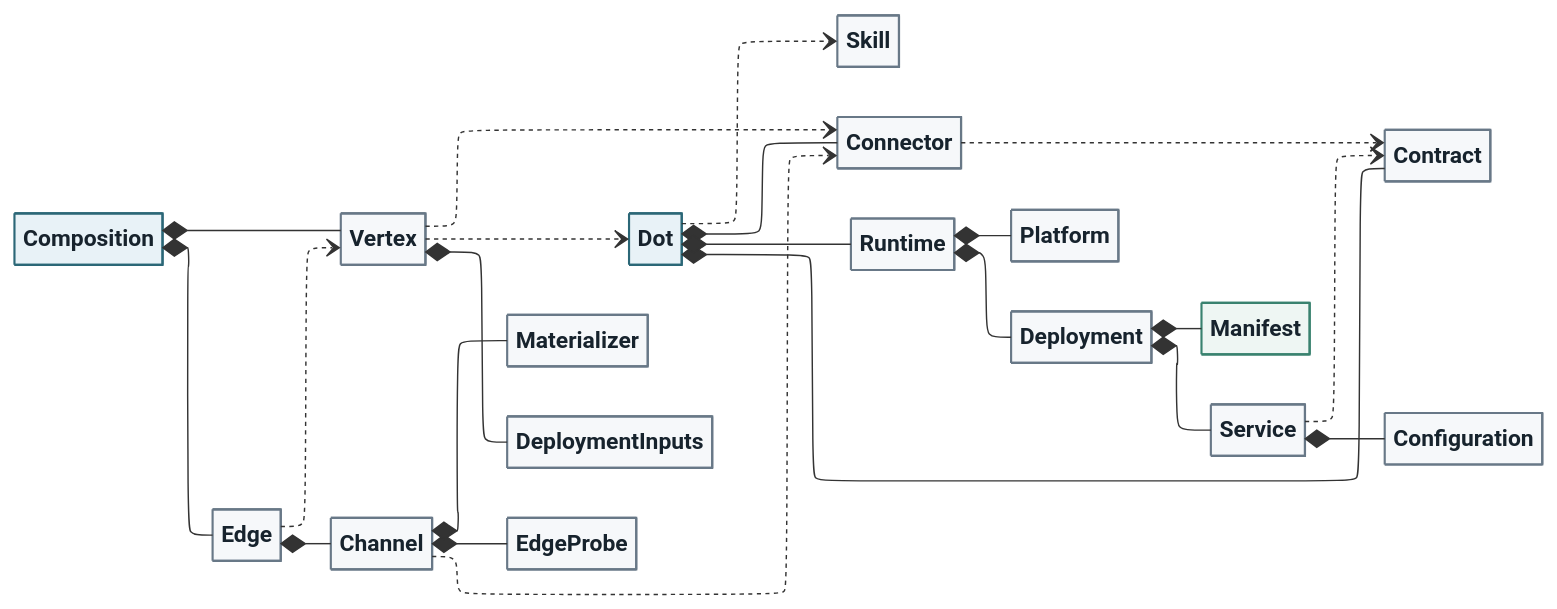
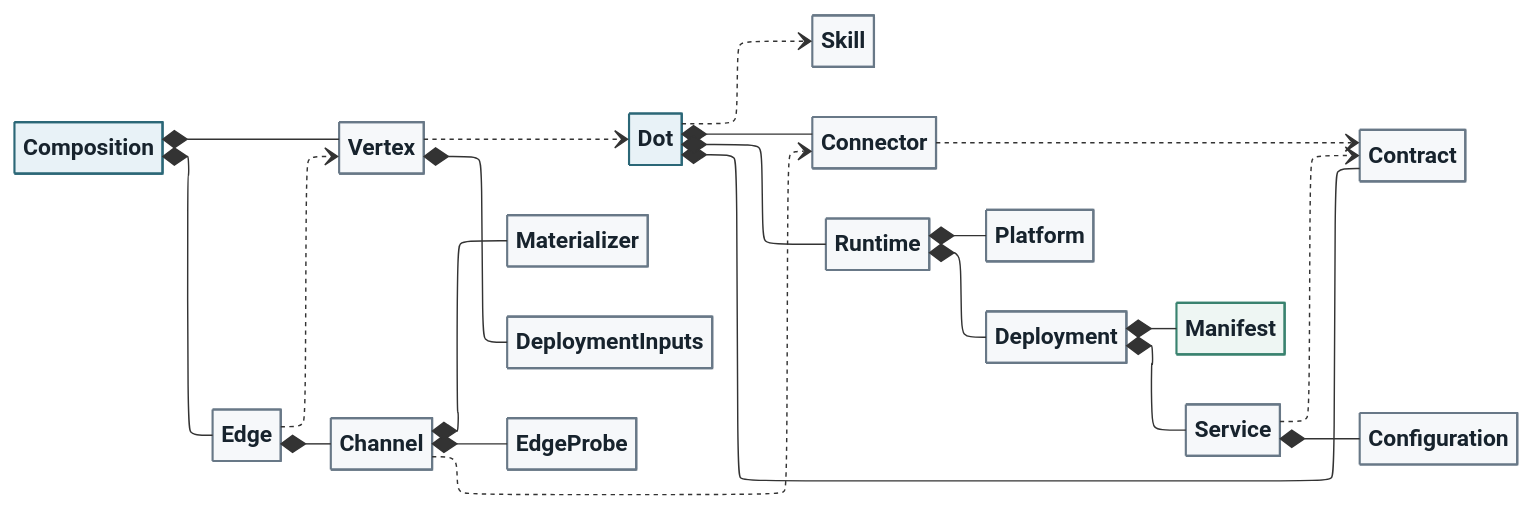
The diagram in DOT-Design/next/dot-design/_attachments/diagrams/domain-a4.mmd (MARE-EU-Project/DOT-Docs), drawn with Mermaid before and after one commit. The commit also changed 53 other files, not shown here.

```diff
--- a/DOT-Design/next/dot-design/_attachments/diagrams/domain-a4.mmd
+++ b/DOT-Design/next/dot-design/_attachments/diagrams/domain-a4.mmd
@@ -1,69 +1,68 @@
 ---
 config:
   layout: elk
   class:
     hideEmptyMembersBox: true
     nodeSpacing: 16
     rankSpacing: 25
     padding: 6
 ---
 classDiagram
   direction LR
   accTitle: DOT-Domain A4 overview
   accDescr: Core class relationships. The accompanying generated family inventory covers every supporting public type; the complete diagram shows every type individually.
 
   class Dot
   class Skill
   class Contract
   class Connector
   class Runtime
   class Platform
   class Deployment
   class Manifest
   class Service
   class Configuration
   class Composition
   class Vertex
   class Edge
   class Channel
   class Materializer
   class DeploymentInputs
   class EdgeProbe
   Dot ..> Skill
   Dot *-- Connector
   Dot *-- Contract
   Dot *-- Runtime
   Channel *-- EdgeProbe
   Channel *-- Materializer
   Composition *-- Edge
   Composition *-- Vertex
   Edge *-- Channel
   Vertex *-- DeploymentInputs
   Deployment *-- Service
   Deployment *-- Manifest
   Service ..> Contract
   Service *-- Configuration
   Runtime *-- Deployment
   Runtime *-- Platform
   Vertex ..> Dot
   Edge ..> Vertex
   Channel ..> Connector
-  Vertex ..> Connector
   Connector ..> Contract
   style Dot fill:#e8f2f7,stroke:#2b6777,color:#17232d,stroke-width:1.5px
   style Skill fill:#f6f8fa,stroke:#687887,color:#17232d,stroke-width:1.5px
   style Channel fill:#f6f8fa,stroke:#687887,color:#17232d,stroke-width:1.5px
   style Composition fill:#e8f2f7,stroke:#2b6777,color:#17232d,stroke-width:1.5px
   style DeploymentInputs fill:#f6f8fa,stroke:#687887,color:#17232d,stroke-width:1.5px
   style Edge fill:#f6f8fa,stroke:#687887,color:#17232d,stroke-width:1.5px
   style EdgeProbe fill:#f6f8fa,stroke:#687887,color:#17232d,stroke-width:1.5px
   style Materializer fill:#f6f8fa,stroke:#687887,color:#17232d,stroke-width:1.5px
   style Vertex fill:#f6f8fa,stroke:#687887,color:#17232d,stroke-width:1.5px
   style Connector fill:#f6f8fa,stroke:#687887,color:#17232d,stroke-width:1.5px
   style Contract fill:#f6f8fa,stroke:#687887,color:#17232d,stroke-width:1.5px
   style Deployment fill:#f6f8fa,stroke:#687887,color:#17232d,stroke-width:1.5px
   style Service fill:#f6f8fa,stroke:#687887,color:#17232d,stroke-width:1.5px
   style Configuration fill:#f6f8fa,stroke:#687887,color:#17232d,stroke-width:1.5px
   style Manifest fill:#eef6f3,stroke:#39826f,color:#17232d,stroke-width:1.5px
   style Runtime fill:#f6f8fa,stroke:#687887,color:#17232d,stroke-width:1.5px
   style Platform fill:#f6f8fa,stroke:#687887,color:#17232d,stroke-width:1.5px
```
